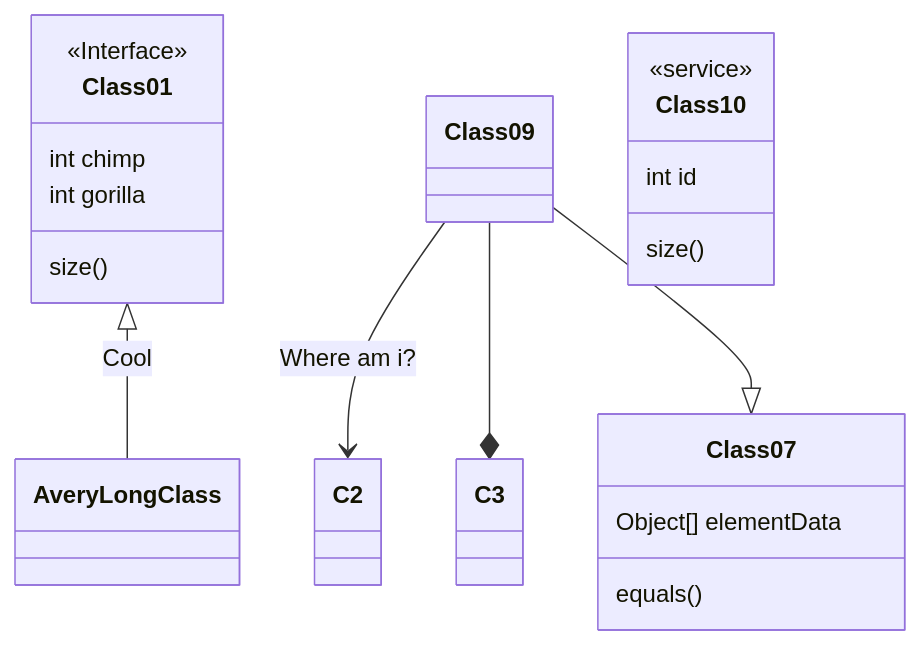
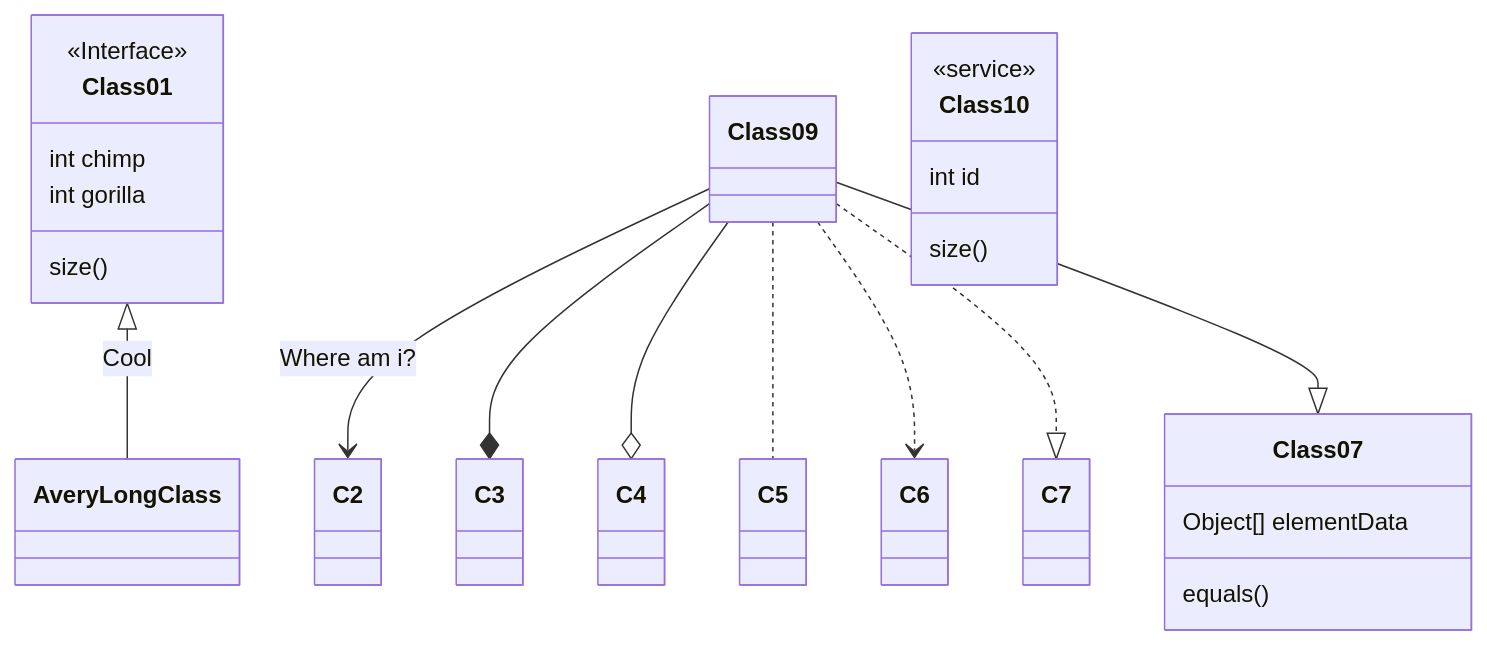
The seventh of 16 diagrams in language/markdown/mermaid.md (choesimin/choesimin.github.io), drawn with Mermaid before and after one commit. The commit also changed other lines of this file and 9 other files, not shown here.

````diff
--- a/language/markdown/mermaid.md
+++ b/language/markdown/mermaid.md
@@ -92,18 +92,22 @@
 ```mermaid
 classDiagram
 Class01 <|-- AveryLongClass : Cool
 <<Interface>> Class01
 Class09 --> C2 : Where am i?
 Class09 --* C3
+Class09 --o C4
+Class09 .. C5
+Class09 ..> C6
+Class09 ..|> C7
 Class09 --|> Class07
 Class07 : equals()
 Class07 : Object[] elementData
 Class01 : size()
 Class01 : int chimp
 Class01 : int gorilla
 class Class10 {
   <<service>>
   int id
   size()
 }
 ```
````
